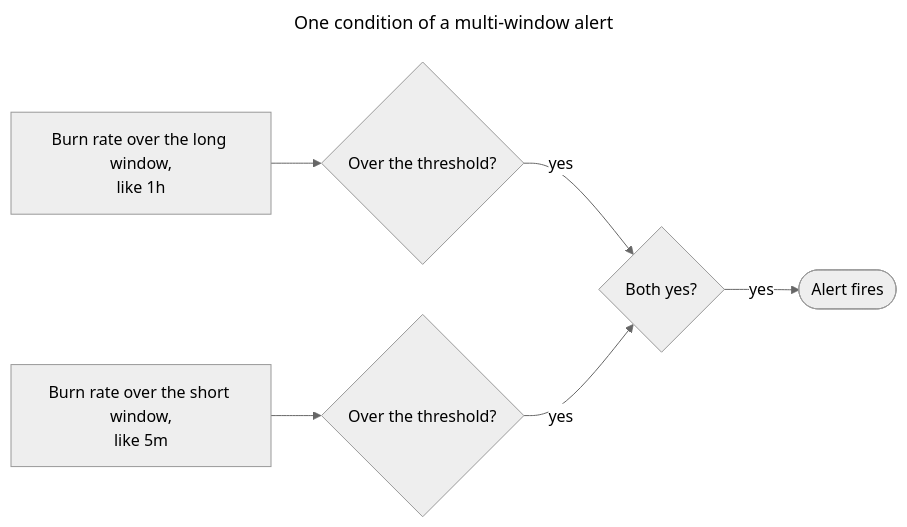
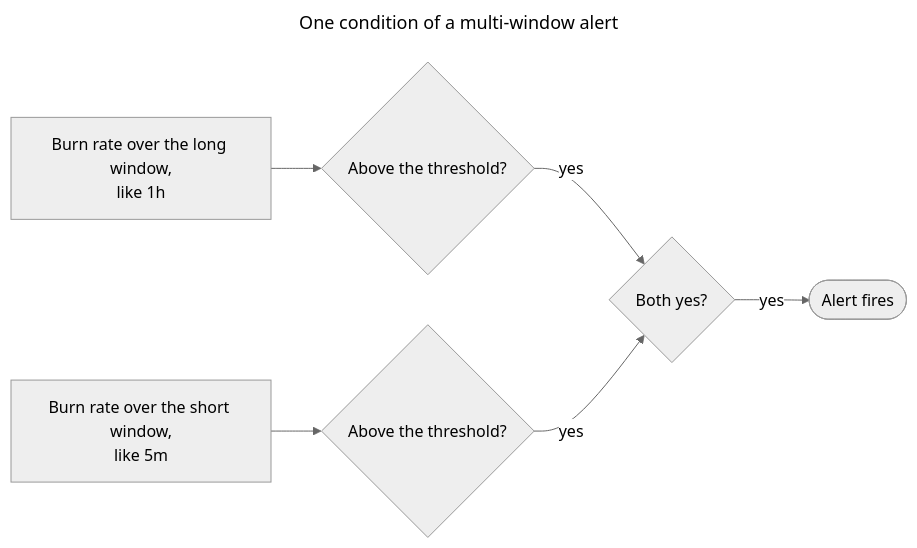
The first of 2 diagrams in site/docs/monitoring/paging/how-slos-work.md (ConsciousML/eks-forge), drawn with Mermaid (neutral theme) before and after one commit. The commit also changed other lines of this file, not shown here.

````diff
--- a/site/docs/monitoring/paging/how-slos-work.md
+++ b/site/docs/monitoring/paging/how-slos-work.md
@@ -66,11 +68,11 @@
 ```mermaid
 ---
 title: One condition of a multi-window alert
 ---
 flowchart LR
-    long["Burn rate over the long window,<br/>like 1h"] --> longcheck{"Over the threshold?"}
-    short["Burn rate over the short window,<br/>like 5m"] --> shortcheck{"Over the threshold?"}
+    long["Burn rate over the long window,<br/>like 1h"] --> longcheck{"Above the threshold?"}
+    short["Burn rate over the short window,<br/>like 5m"] --> shortcheck{"Above the threshold?"}
     longcheck -->|"yes"| both{"Both yes?"}
     shortcheck -->|"yes"| both
     both -->|"yes"| fire(["Alert fires"])
 ```
````
